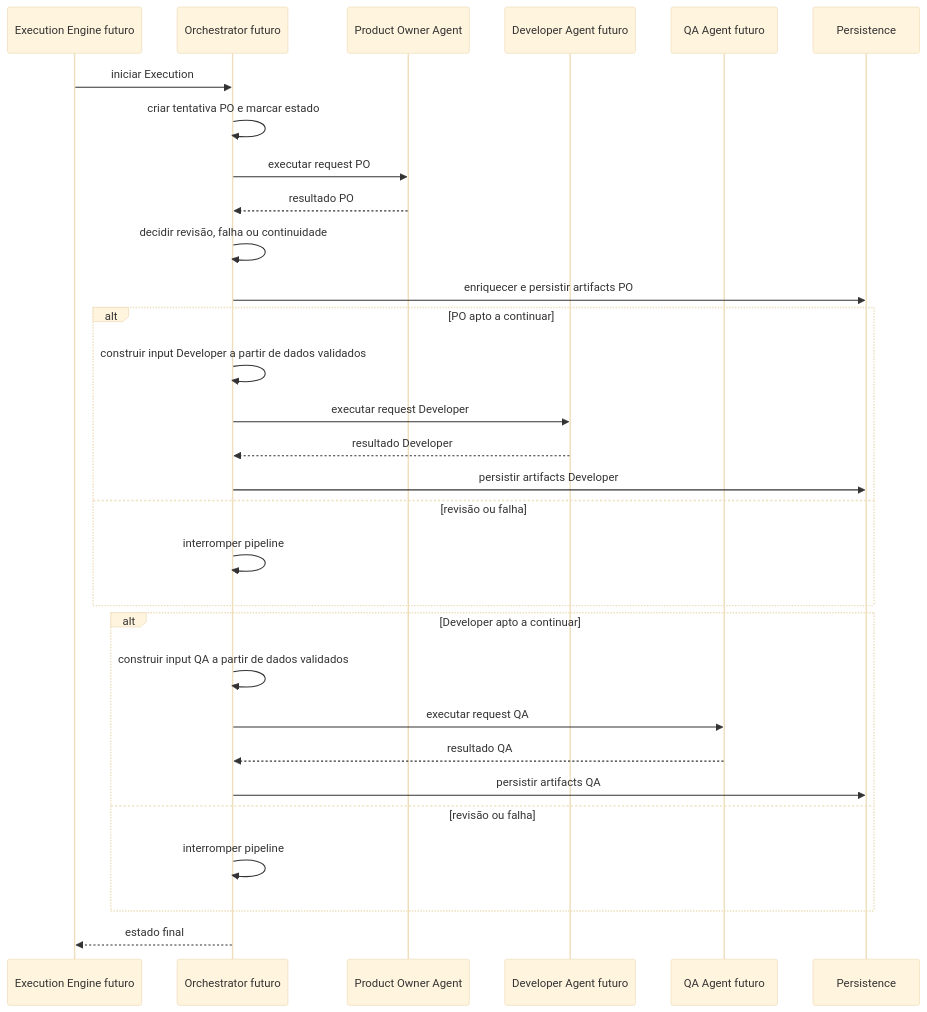
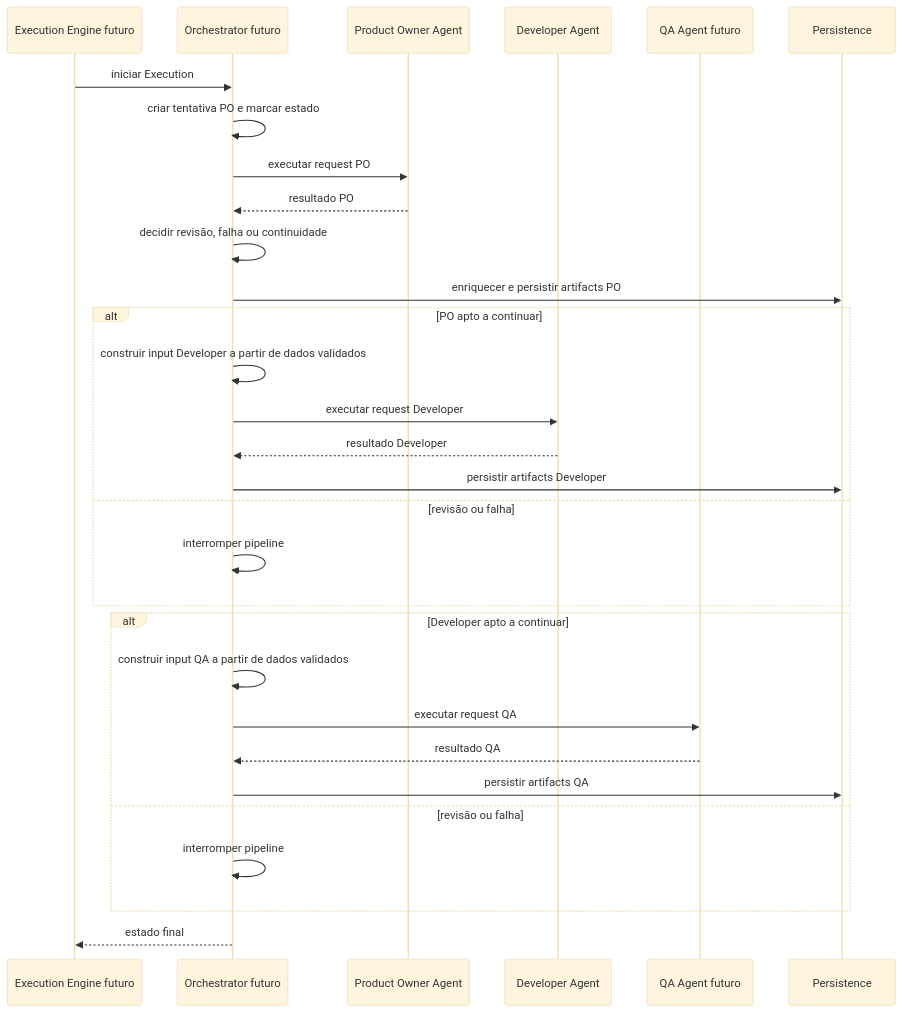
The ninth of 10 diagrams in knowledge/33-PIPELINE_OVERVIEW.md (felipet66/brq-ai-factory), drawn with Mermaid (base theme) before and after one commit. The commit also changed other lines of this file and 63 other files, not shown here.

First line of the commit message:
feat(sprint-10): implement developer agent

````diff
--- a/knowledge/33-PIPELINE_OVERVIEW.md
+++ b/knowledge/33-PIPELINE_OVERVIEW.md
@@ -237,36 +292,36 @@
 ```mermaid
 sequenceDiagram
     participant E as Execution Engine futuro
     participant O as Orchestrator futuro
     participant PO as Product Owner Agent
-    participant D as Developer Agent futuro
+    participant D as Developer Agent
     participant Q as QA Agent futuro
     participant DB as Persistence
 
     E->>O: iniciar Execution
     O->>O: criar tentativa PO e marcar estado
     O->>PO: executar request PO
     PO-->>O: resultado PO
     O->>O: decidir revisão, falha ou continuidade
     O->>DB: enriquecer e persistir artifacts PO
 
     alt PO apto a continuar
         O->>O: construir input Developer a partir de dados validados
         O->>D: executar request Developer
         D-->>O: resultado Developer
         O->>DB: persistir artifacts Developer
     else revisão ou falha
         O->>O: interromper pipeline
     end
 
     alt Developer apto a continuar
         O->>O: construir input QA a partir de dados validados
         O->>Q: executar request QA
         Q-->>O: resultado QA
         O->>DB: persistir artifacts QA
     else revisão ou falha
         O->>O: interromper pipeline
     end
 
     O-->>E: estado final
 ```
````
